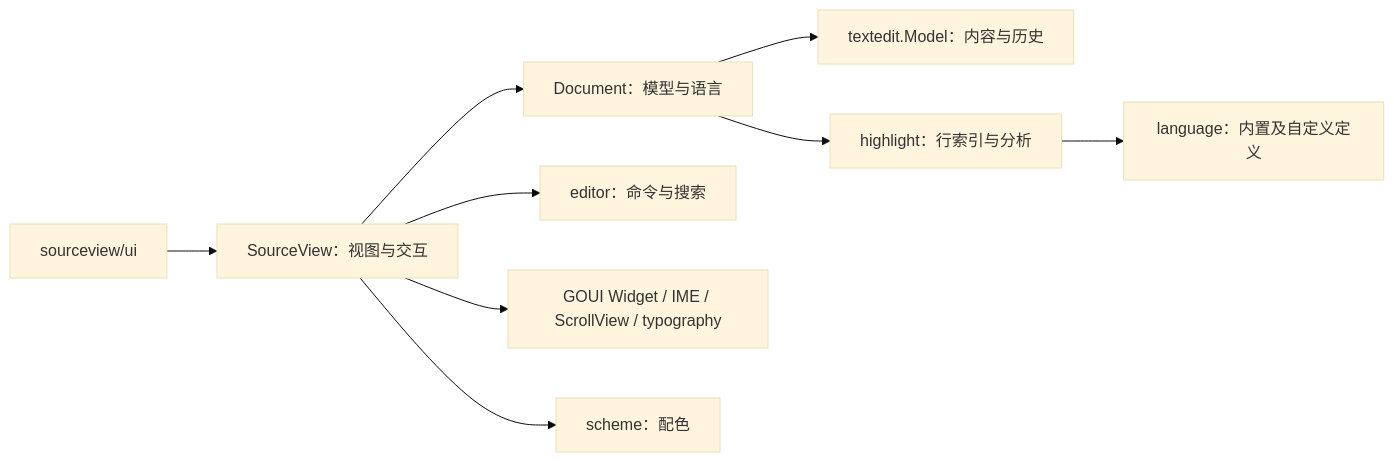
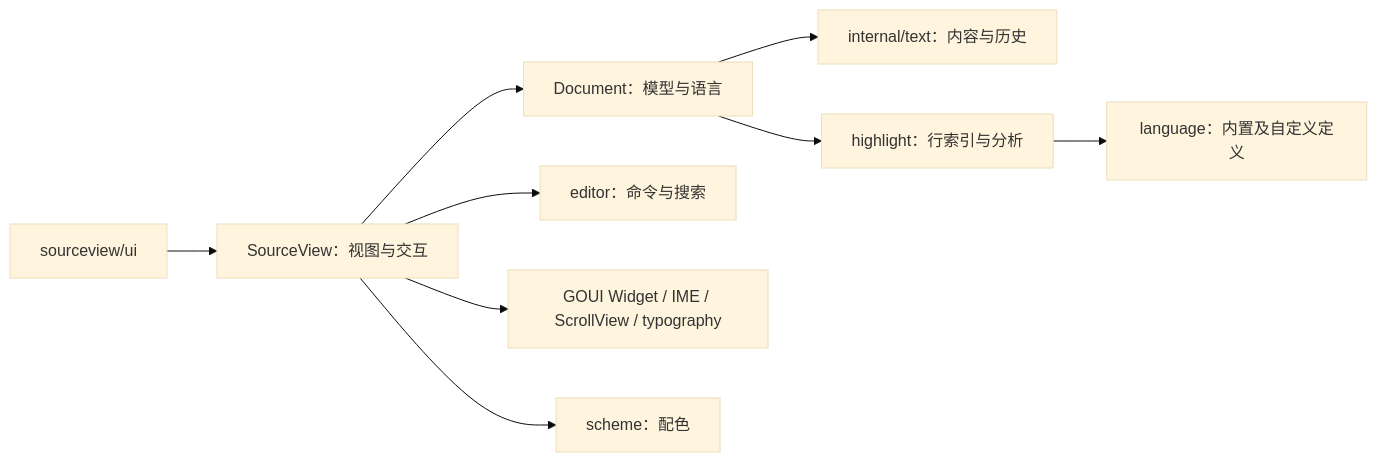
Before and after one commit to golang-gui/goui-sourceview: the diagram in doc/DesignSourceView.md, drawn with Mermaid (base theme). The commit also changed other lines of this file and 158 other files, not shown here.

````diff
--- a/doc/DesignSourceView.md
+++ b/doc/DesignSourceView.md
@@ -116,11 +118,11 @@
 ```mermaid
 flowchart LR
     UI["sourceview/ui"] --> V["SourceView：视图与交互"]
     V --> D["Document：模型与语言"]
     V --> E["editor：命令与搜索"]
     V --> G["GOUI Widget / IME / ScrollView / typography"]
-    D --> M["textedit.Model：内容与历史"]
+    D --> M["internal/text：内容与历史"]
     D --> H["highlight：行索引与分析"]
     H --> L["language：内置及自定义定义"]
     V --> S["scheme：配色"]
 ```
````
